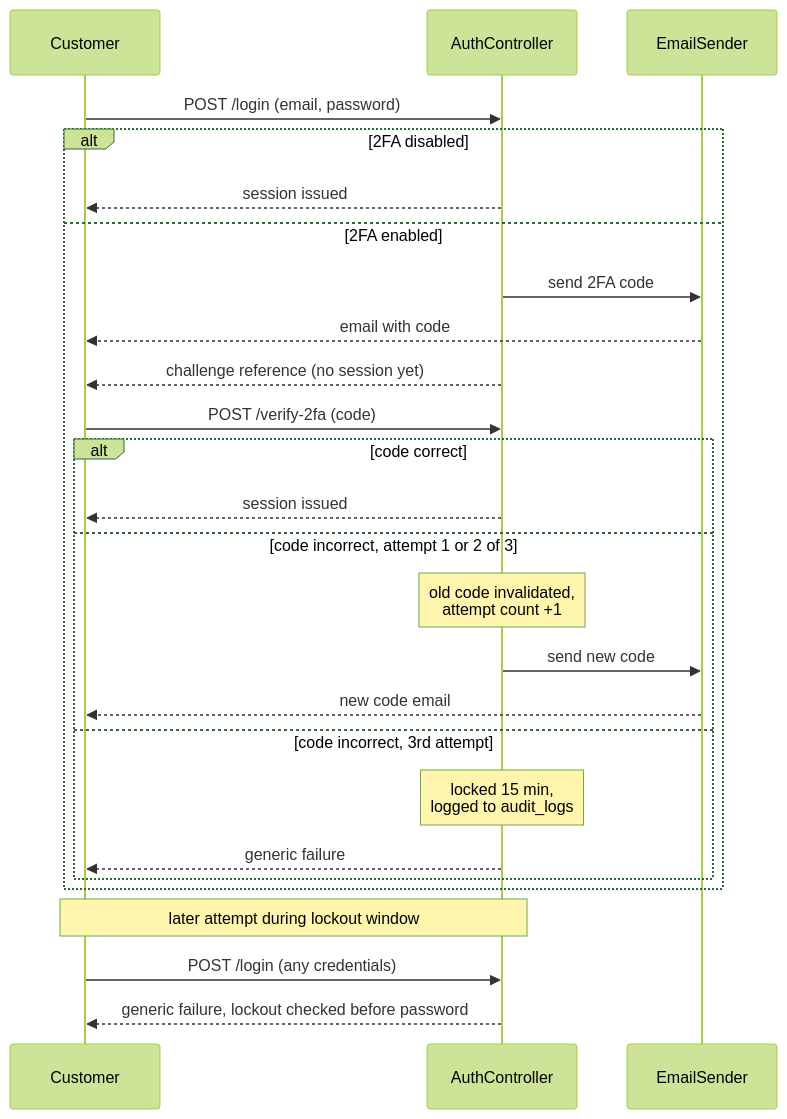
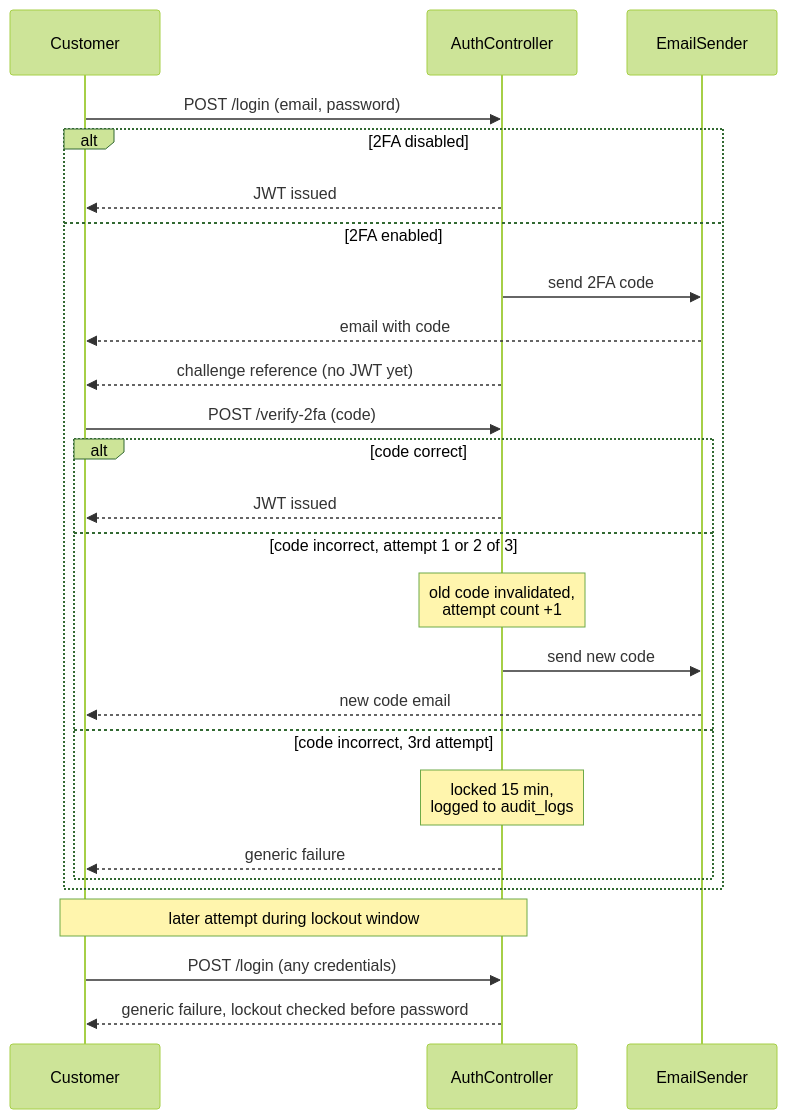
Before and after one commit to cptrobie/subscribe-master: the diagram in login_2fa_sequence.md, drawn with Mermaid (forest theme). The commit also changed other lines of this file and 2 other files, not shown here.

````diff
--- a/login_2fa_sequence.md
+++ b/login_2fa_sequence.md
@@ -5,32 +5,32 @@
 ```mermaid
 sequenceDiagram
     participant C as Customer
     participant A as AuthController
     participant E as EmailSender
 
     C->>A: POST /login (email, password)
 
     alt 2FA disabled
-        A-->>C: session issued
+        A-->>C: JWT issued
     else 2FA enabled
         A->>E: send 2FA code
         E-->>C: email with code
-        A-->>C: challenge reference (no session yet)
+        A-->>C: challenge reference (no JWT yet)
 
         C->>A: POST /verify-2fa (code)
         alt code correct
-            A-->>C: session issued
+            A-->>C: JWT issued
         else code incorrect, attempt 1 or 2 of 3
             Note over A: old code invalidated,<br/>attempt count +1
             A->>E: send new code
             E-->>C: new code email
         else code incorrect, 3rd attempt
             Note over A: locked 15 min,<br/>logged to audit_logs
             A-->>C: generic failure
         end
     end
 
     Note over C,A: later attempt during lockout window
     C->>A: POST /login (any credentials)
     A-->>C: generic failure, lockout checked before password
 ```
````
